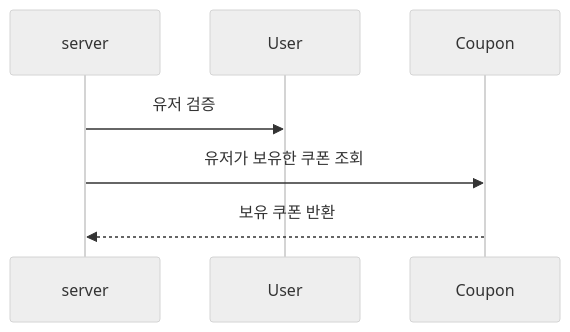
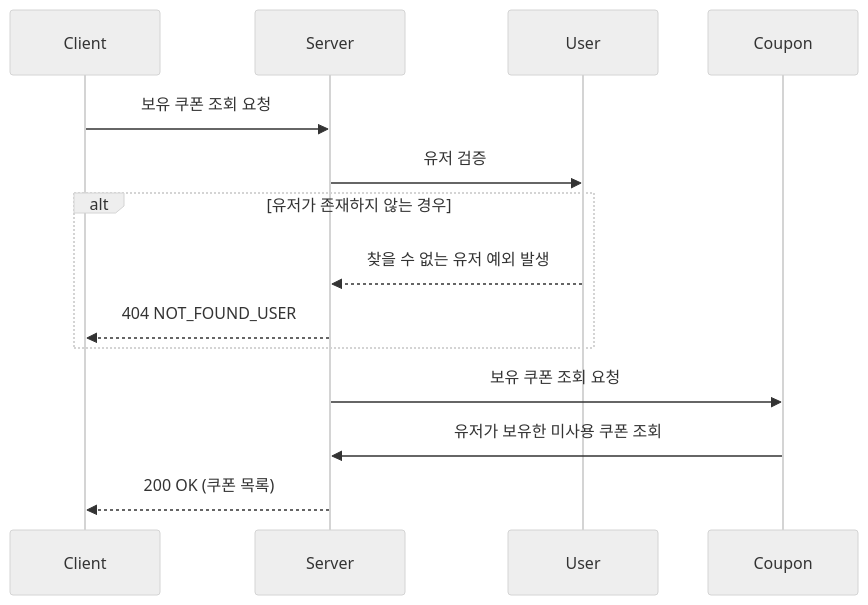
Before and after one commit to alert-kim/e-commerce: the second of 3 diagrams in docs/specs/coupon.md, drawn with Mermaid (neutral theme). The commit also changed other lines of this file and 12 other files, not shown here.

````diff
--- a/docs/specs/coupon.md
+++ b/docs/specs/coupon.md
@@ -22,10 +46,18 @@
 ```mermaid
 sequenceDiagram
-participant server
-participant User
-participant Coupon
-    server->>User: 유저 검증
-    
-    server->>Coupon: 유저가 보유한 쿠폰 조회
-    Coupon-->>server: 보유 쿠폰 반환
+    participant Client
+    participant Server
+    participant User
+    participant Coupon
+
+    Client ->> Server: 보유 쿠폰 조회 요청
+    Server ->> User: 유저 검증
+    alt 유저가 존재하지 않는 경우
+        User -->> Server: 찾을 수 없는 유저 예외 발생
+        Server -->> Client: 404 NOT_FOUND_USER
+    end
+
+    Server ->> Coupon: 보유 쿠폰 조회 요청
+    Coupon ->> Server: 유저가 보유한 미사용 쿠폰 조회
+    Server -->> Client: 200 OK (쿠폰 목록)
 ```
````
